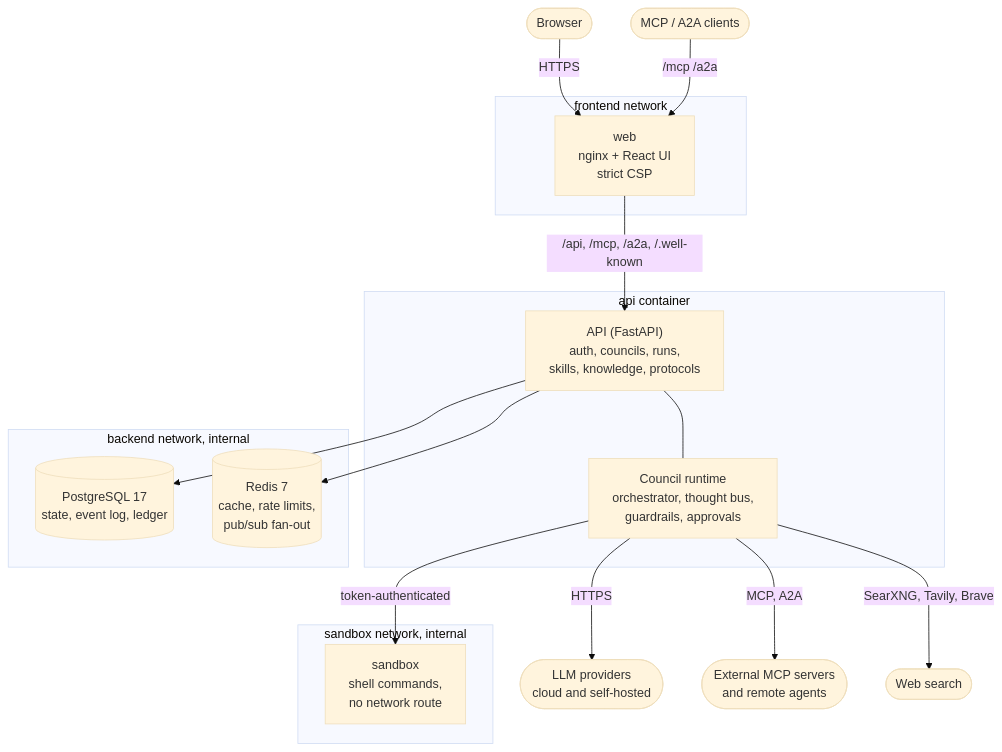
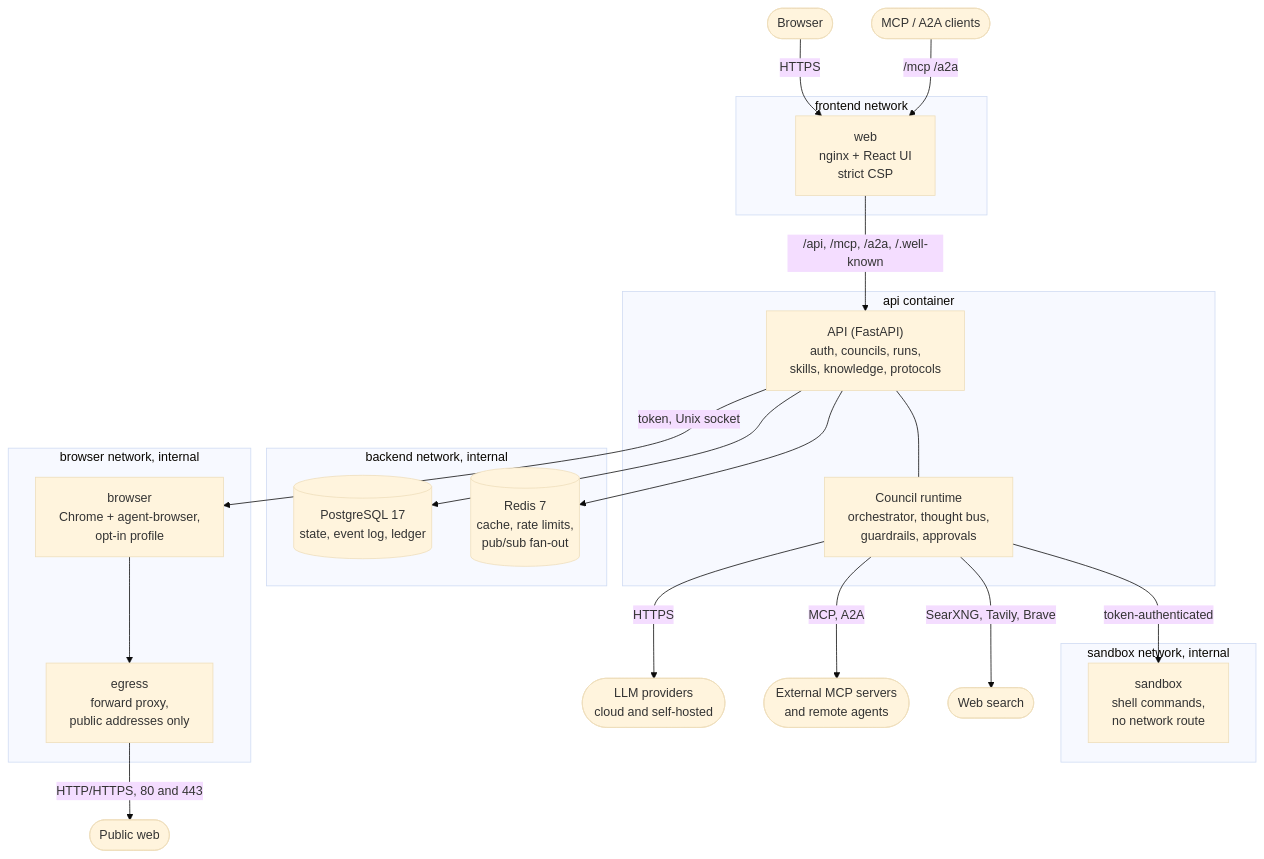
The first of 8 diagrams in docs/architecture.md (lordprime/Argus-Council), drawn with Mermaid (base theme) before and after one commit. The commit also changed other lines of this file and 9 other files, not shown here.

````diff
--- a/docs/architecture.md
+++ b/docs/architecture.md
@@ -10,33 +10,41 @@
 ```mermaid
 flowchart TB
     browser([Browser]) -->|HTTPS| web
     client([MCP / A2A clients]) -->|/mcp /a2a| web
 
     subgraph frontend [frontend network]
         web["web<br/>nginx + React UI<br/>strict CSP"]
     end
 
     web -->|"/api, /mcp, /a2a, /.well-known"| api
 
     subgraph core [api container]
         api["API (FastAPI)<br/>auth, councils, runs,<br/>skills, knowledge, protocols"]
         runtime["Council runtime<br/>orchestrator, thought bus,<br/>guardrails, approvals"]
         api --- runtime
     end
 
     subgraph backend [backend network, internal]
         pg[(PostgreSQL 17<br/>state, event log, ledger)]
         redis[(Redis 7<br/>cache, rate limits,<br/>pub/sub fan-out)]
     end
 
     subgraph sandbox [sandbox network, internal]
         sb["sandbox<br/>shell commands,<br/>no network route"]
     end
 
+    subgraph browsernet [browser network, internal]
+        br["browser<br/>Chrome + agent-browser,<br/>opt-in profile"]
+        eg["egress<br/>forward proxy,<br/>public addresses only"]
+    end
+
     api --> pg
     api --> redis
+    api -->|"token, Unix socket"| br
+    br --> eg
+    eg -->|"HTTP/HTTPS, 80 and 443"| web2([Public web])
     runtime -->|token-authenticated| sb
     runtime -->|HTTPS| llm([LLM providers<br/>cloud and self-hosted])
     runtime -->|MCP, A2A| peers([External MCP servers<br/>and remote agents])
     runtime -->|SearXNG, Tavily, Brave| search([Web search])
 ```
````
